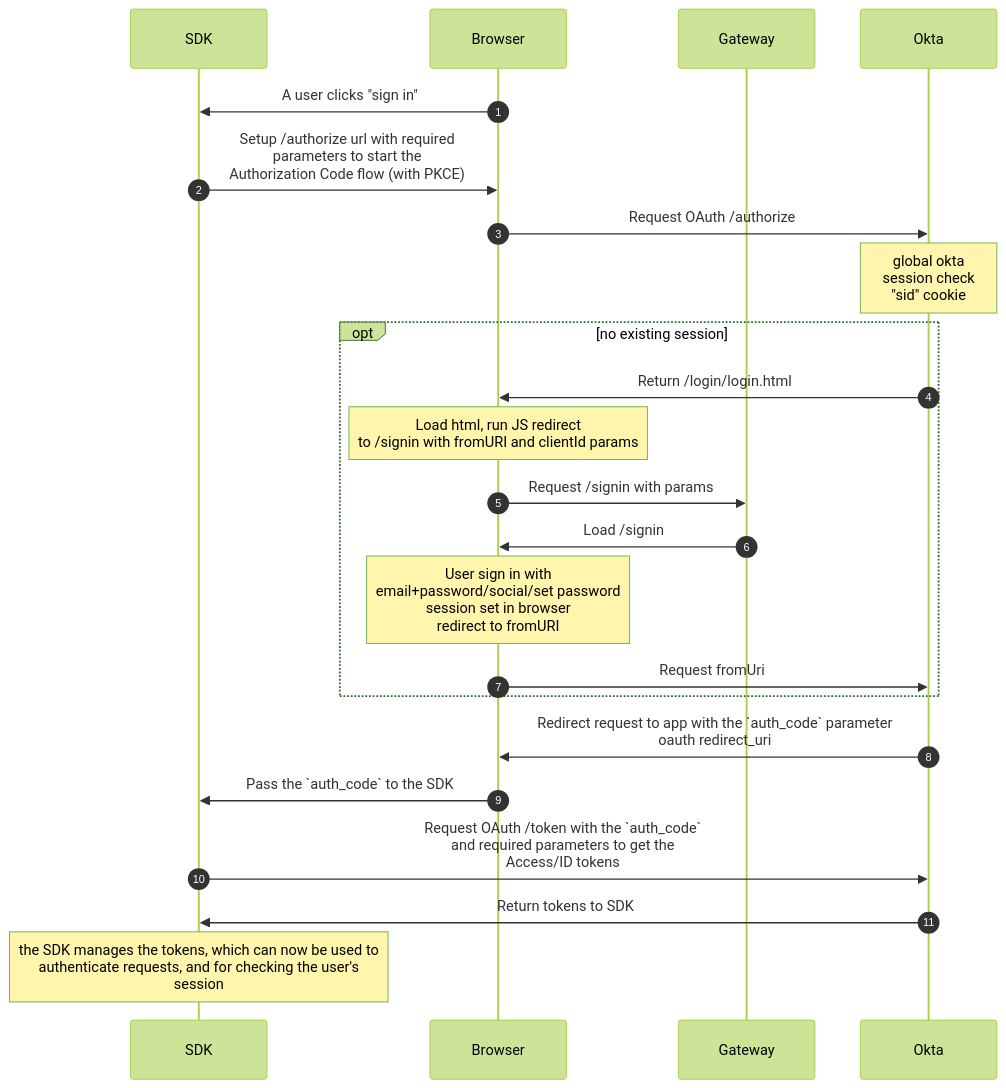
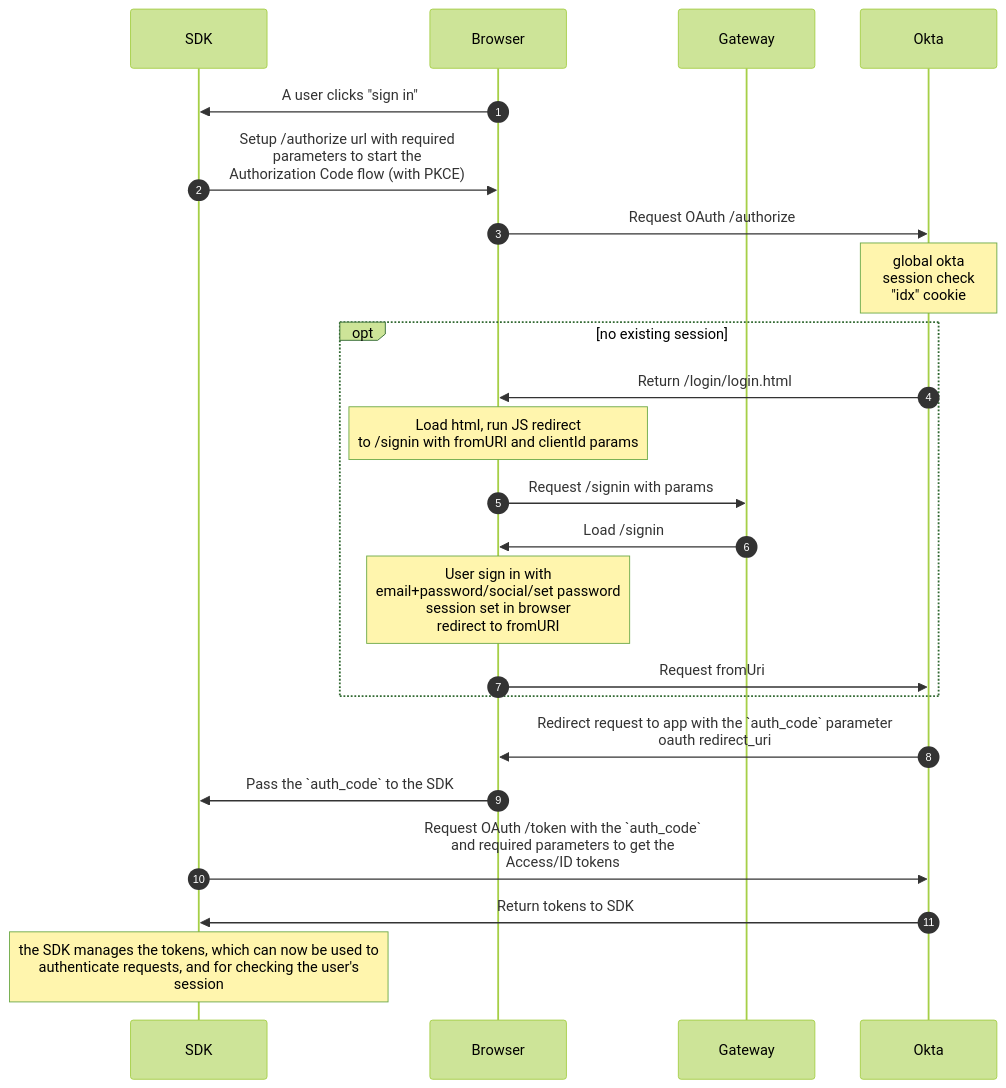
Before and after one commit to guardian/gateway: the third of 3 diagrams in docs/okta/web-apps-integration-guide.md, drawn with Mermaid (forest theme). The commit also changed other lines of this file and 11 other files, not shown here.

Commit message:
refactor(okta): switch from `sid` cookie to `idx` cookie in tests and documentation

````diff
--- a/docs/okta/web-apps-integration-guide.md
+++ b/docs/okta/web-apps-integration-guide.md
@@ -275,27 +275,27 @@
 ```mermaid
 sequenceDiagram
 autonumber
 
 participant SDK
 participant Browser
 participant Gateway
 participant Okta
 
 Browser->>SDK: A user clicks "sign in"
 SDK->>Browser: Setup /authorize url with required<br/>parameters to start the<br/>Authorization Code flow (with PKCE)
 Browser->>Okta: Request OAuth /authorize
-note over Okta: global okta<br/>session check<br/>"sid" cookie
+note over Okta: global okta<br/>session check<br/>"idx" cookie
 opt no existing session
   Okta->>Browser: Return /login/login.html
   note over Browser: Load html, run JS redirect<br> to /signin with fromURI and clientId params
   Browser->>Gateway: Request /signin with params
   Gateway->>Browser: Load /signin
   note over Browser: User sign in with<br>email+password/social/set password<br>session set in browser<br>redirect to fromURI
   Browser->>Okta: Request fromUri
 end
 Okta->>Browser: Redirect request to app with the `auth_code` parameter<br/>oauth redirect_uri
 Browser->>SDK: Pass the `auth_code` to the SDK
 SDK->>Okta: Request OAuth /token with the `auth_code`<br/>and required parameters to get the<br/>Access/ID tokens
 Okta->>SDK: Return tokens to SDK
 note over SDK: the SDK manages the tokens, which can now be used to<br/>authenticate requests, and for checking the user's<br/>session
 ```
````
